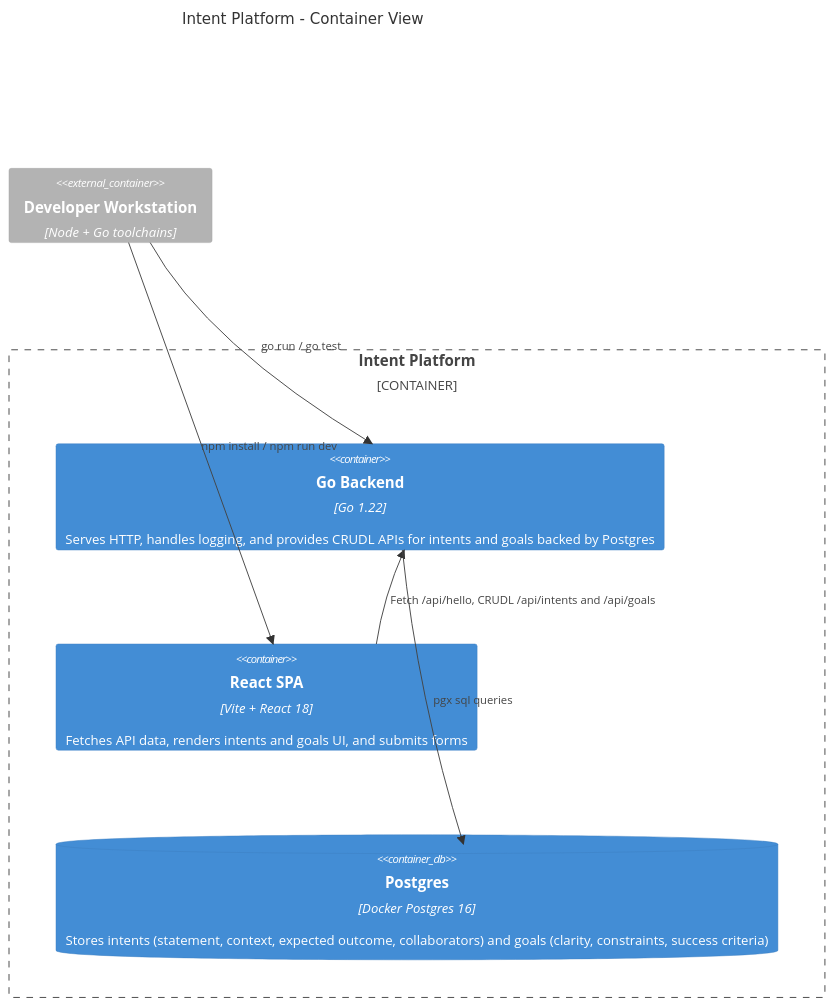
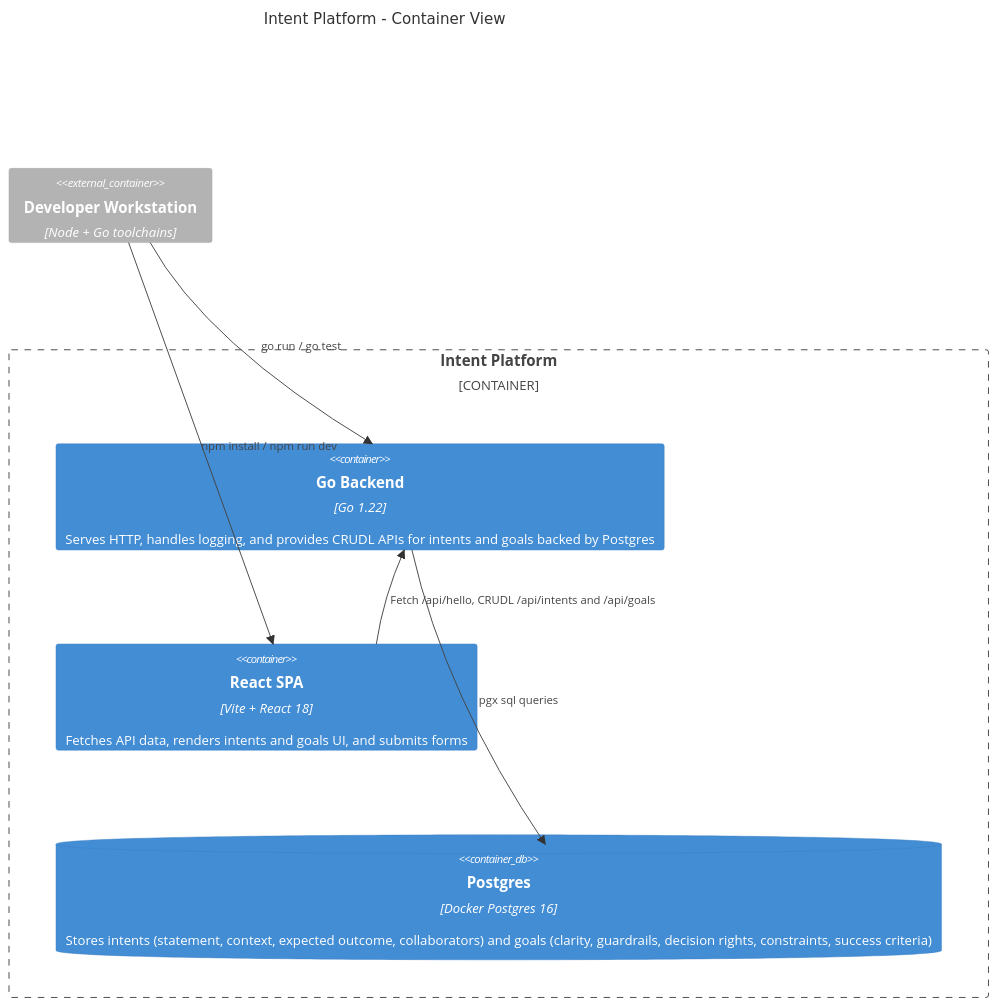
The second of 2 diagrams in README.md (aotearoa-david/intent), drawn with Mermaid before and after one commit. The commit also changed other lines of this file and 9 other files, not shown here.

Commit message:
Add guardrails and decision rights to goals

````diff
--- a/README.md
+++ b/README.md
@@ -148,15 +150,15 @@
 ```mermaid
 C4Container
     title Intent Platform - Container View
     Container_Boundary(c1, "Intent Platform") {
         Container(api, "Go Backend", "Go 1.22", "Serves HTTP, handles logging, and provides CRUDL APIs for intents and goals backed by Postgres")
         Container(frontend, "React SPA", "Vite + React 18", "Fetches API data, renders intents and goals UI, and submits forms")
-        ContainerDb(db, "Postgres", "Docker Postgres 16", "Stores intents (statement, context, expected outcome, collaborators) and goals (clarity, constraints, success criteria)")
+        ContainerDb(db, "Postgres", "Docker Postgres 16", "Stores intents (statement, context, expected outcome, collaborators) and goals (clarity, guardrails, decision rights, constraints, success criteria)")
     }
     Container_Ext(dev, "Developer Workstation", "Node + Go toolchains")
 
     Rel(dev, frontend, "npm install / npm run dev")
     Rel(dev, api, "go run / go test")
     Rel(frontend, api, "Fetch /api/hello, CRUDL /api/intents and /api/goals")
     Rel(api, db, "pgx sql queries")
 ```
````
